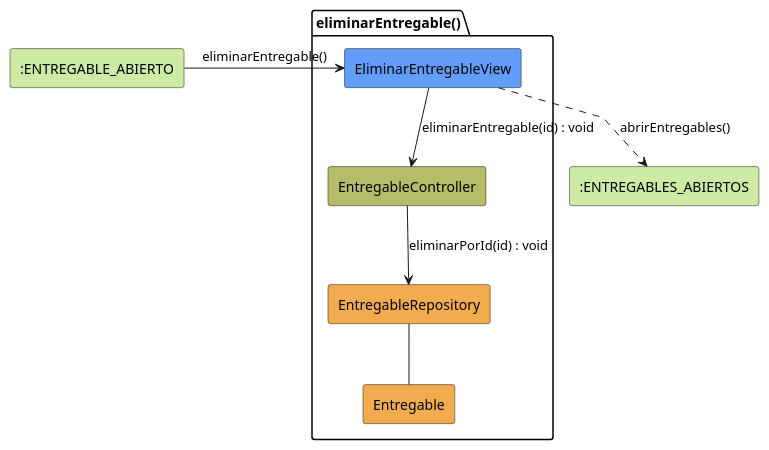
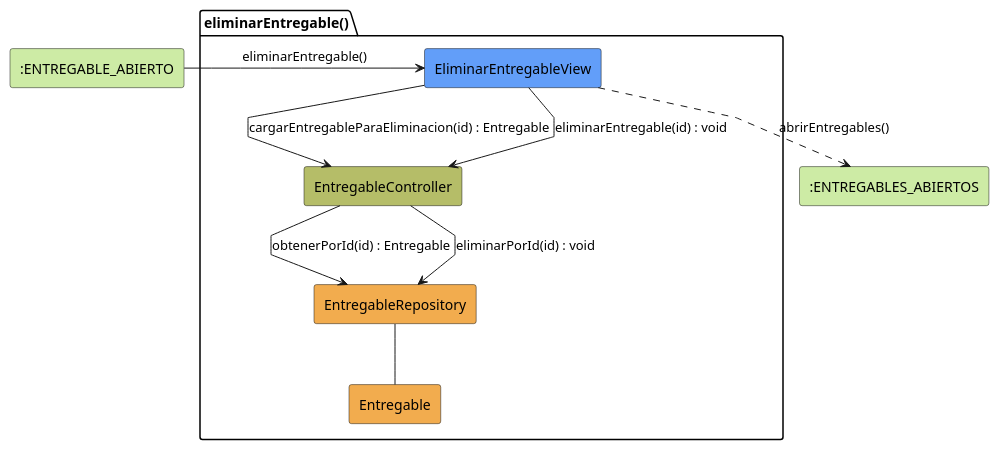
Before and after one commit to 31Diego/25-26-idsw2-sdVC: the diagram in modelosUML/analisis/coordinador/eliminarEntregable.puml, drawn with PlantUML. The commit also changed 193 other files, not shown here.

```diff
--- a/modelosUML/analisis/coordinador/eliminarEntregable.puml
+++ b/modelosUML/analisis/coordinador/eliminarEntregable.puml
@@ -1,25 +1,29 @@
 @startuml eliminarEntregable-analisis
 skinparam linetype polyline
 
 rectangle #CDEBA5 ":ENTREGABLE_ABIERTO" as EntregableAbierto
 
 package eliminarEntregable as "eliminarEntregable()" {
     rectangle #629EF9 EliminarEntregableView
     rectangle #b5bd68 EntregableController
     rectangle #F2AC4E EntregableRepository
     rectangle #F2AC4E Entregable
 }
 
 rectangle #CDEBA5 ":ENTREGABLES_ABIERTOS" as EntregablesSalida
 
 EntregableAbierto -r-> EliminarEntregableView: eliminarEntregable()
 
-EliminarEntregableView -d-> EntregableController: eliminarEntregable(id) : void
+EliminarEntregableView -d-> EntregableController: cargarEntregableParaEliminacion(id) : Entregable
+
+EntregableController --> EntregableRepository: obtenerPorId(id) : Entregable
+
+EntregableRepository -- Entregable
+
+EliminarEntregableView --> EntregableController: eliminarEntregable(id) : void
 
 EntregableController --> EntregableRepository: eliminarPorId(id) : void
-
-EntregableRepository -- Entregable
 
 EliminarEntregableView ..> EntregablesSalida: abrirEntregables()
 
 @enduml
```
